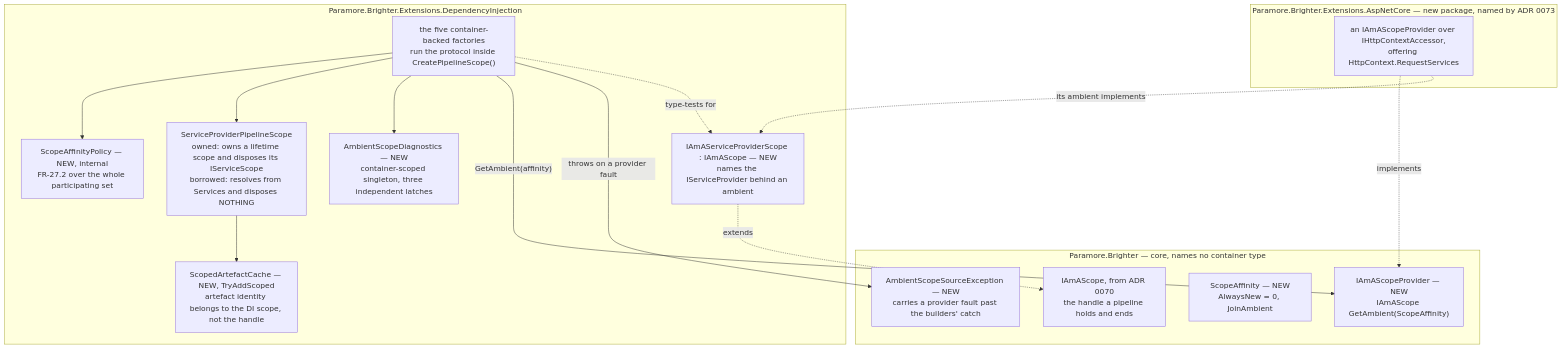
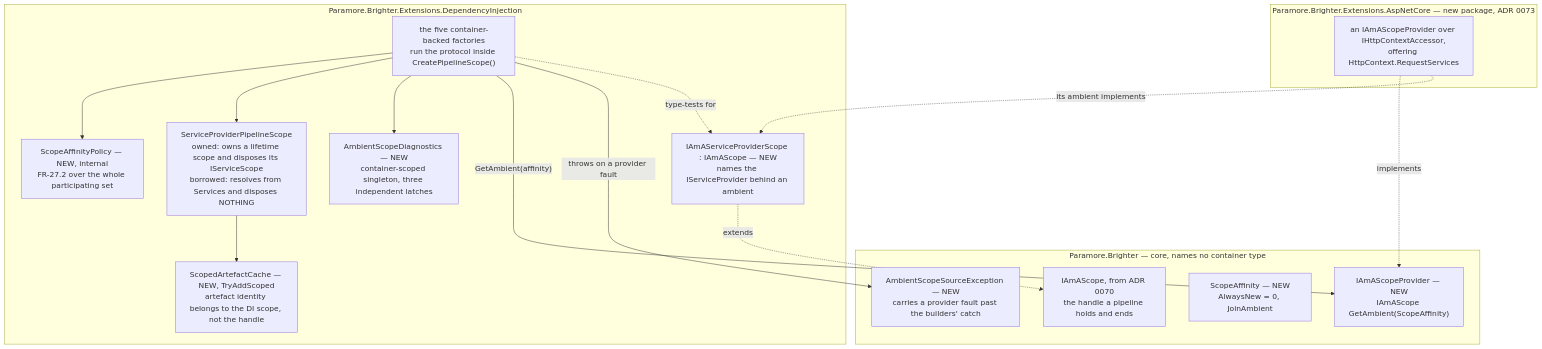
The diagram in docs/adr/0072-ambient-scope-adoption-seam.md (BrighterCommand/Brighter), drawn with Mermaid before and after one commit. The commit also changed other lines of this file and 8 other files, not shown here.

````diff
--- a/docs/adr/0072-ambient-scope-adoption-seam.md
+++ b/docs/adr/0072-ambient-scope-adoption-seam.md
@@ -112,33 +113,33 @@
 ```mermaid
 flowchart TB
     subgraph core["Paramore.Brighter — core, names no container type"]
         handle["IAmAScope, from ADR 0070<br/>the handle a pipeline holds and ends"]
         provider["IAmAScopeProvider — NEW<br/>IAmAScope GetAmbient(ScopeAffinity)"]
         affinity["ScopeAffinity — NEW<br/>AlwaysNew = 0, JoinAmbient"]
         fault["AmbientScopeSourceException — NEW<br/>carries a provider fault past the builders' catch"]
     end
 
     subgraph di["Paramore.Brighter.Extensions.DependencyInjection"]
         role["IAmAServiceProviderScope : IAmAScope — NEW<br/>names the IServiceProvider behind an ambient"]
         policy["ScopeAffinityPolicy — NEW, internal<br/>FR-27.2 over the whole participating set"]
         pipescope["ServiceProviderPipelineScope<br/>owned: owns a lifetime scope and disposes its IServiceScope<br/>borrowed: resolves from Services and disposes NOTHING"]
         cache["ScopedArtefactCache — NEW, TryAddScoped<br/>artefact identity belongs to the DI scope, not the handle"]
         diag["AmbientScopeDiagnostics — NEW<br/>container-scoped singleton, three independent latches"]
         facs["the five container-backed factories<br/>run the protocol inside CreatePipelineScope()"]
         facs --> policy
         facs --> pipescope
         facs --> diag
         pipescope --> cache
     end
 
-    subgraph aspnet["Paramore.Brighter.Extensions.AspNetCore — new package, named by ADR 0073"]
+    subgraph aspnet["Paramore.Brighter.Extensions.AspNetCore — new package, ADR 0073"]
         asp["an IAmAScopeProvider over IHttpContextAccessor,<br/>offering HttpContext.RequestServices"]
     end
 
     facs -- "GetAmbient(affinity)" --> provider
     facs -- "throws on a provider fault" --> fault
     asp -. "implements" .-> provider
     asp -. "its ambient implements" .-> role
     role -. "extends" .-> handle
     facs -. "type-tests for" .-> role
 ```
````
